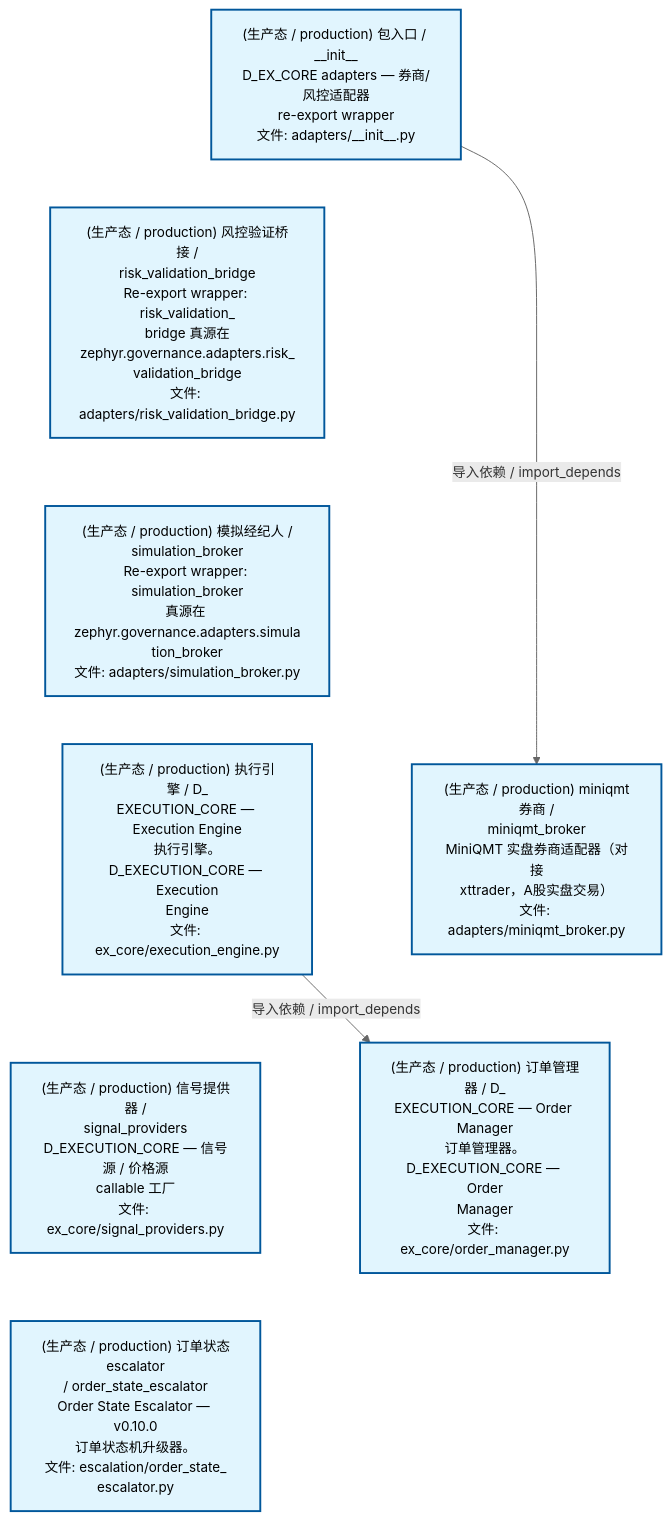
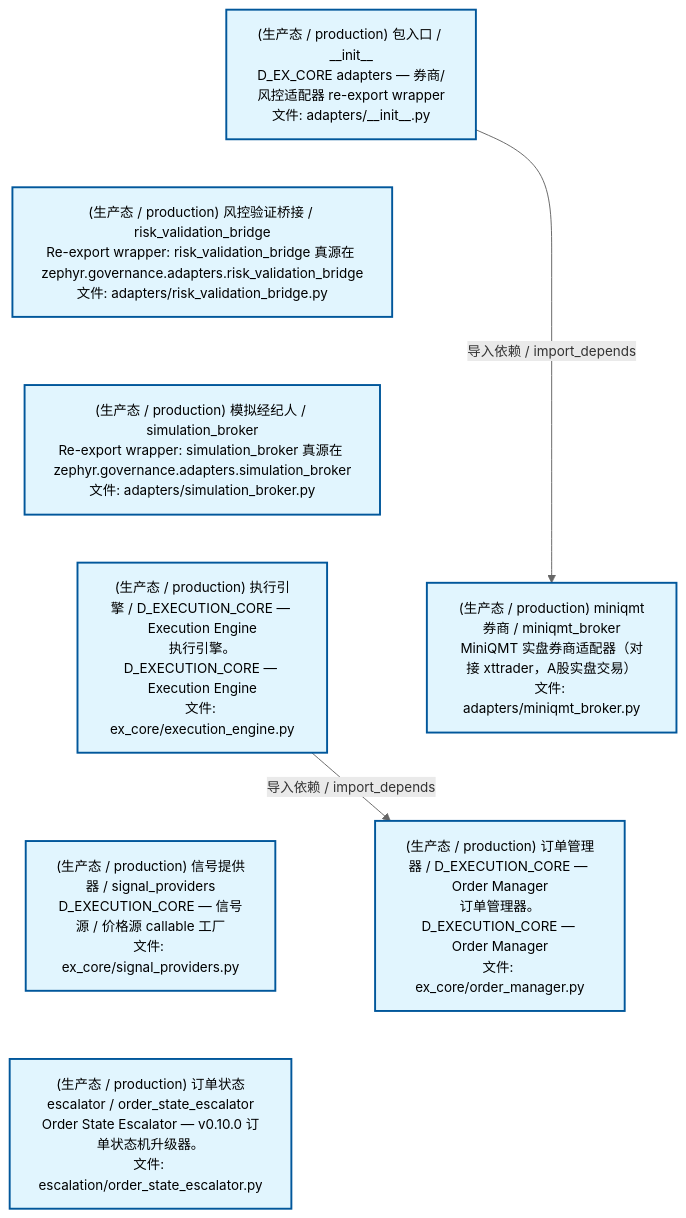
The second of 4 diagrams in docs/02_enterprise_architecture/02_domain_architecture_docs/44_d_ex_core.md (xuanFelixVan/ZephyrAlpha), drawn with Mermaid before and after one commit. The commit also changed other lines of this file and 71 other files, not shown here.

````diff
--- a/docs/02_enterprise_architecture/02_domain_architecture_docs/44_d_ex_core.md
+++ b/docs/02_enterprise_architecture/02_domain_architecture_docs/44_d_ex_core.md
@@ -169,25 +169,25 @@
 ```mermaid
 %%{init: {'theme': 'base', 'themeVariables': {'primaryColor': '#eaeaea', 'primaryTextColor': '#333333', 'primaryBorderColor': '#666666', 'lineColor': '#666666', 'secondaryColor': '#eaeaea', 'tertiaryColor': '#eaeaea', 'fontSize': '14px'}}}%%
 flowchart TD
-    src_zephyr_ex_core_adapters_init_py["(生产态 / production) 包入口 / __init__<br/>D_EX_CORE adapters — 券商/风控适配器<br/>re-export wrapper<br/>文件: adapters/__init__.py"]
-    src_zephyr_ex_core_adapters_risk_validation_bridge_py["(生产态 / production) 风控验证桥接 /<br/>risk_validation_bridge<br/>Re-export wrapper: risk_validation_<br/>bridge 真源在<br/>zephyr.governance.adapters.risk_<br/>validation_bridge<br/>文件: adapters/risk_validation_bridge.py"]
-    src_zephyr_ex_core_adapters_simulation_broker_py["(生产态 / production) 模拟经纪人 /<br/>simulation_broker<br/>Re-export wrapper: simulation_broker<br/>真源在 zephyr.governance.adapters.simula<br/>tion_broker<br/>文件: adapters/simulation_broker.py"]
-    src_zephyr_ex_core_execution_engine_py["(生产态 / production) 执行引擎 / D_<br/>EXECUTION_CORE — Execution Engine<br/>执行引擎。D_EXECUTION_CORE — Execution<br/>Engine<br/>文件: ex_core/execution_engine.py"]
-    src_zephyr_ex_core_signal_providers_py["(生产态 / production) 信号提供器 /<br/>signal_providers<br/>D_EXECUTION_CORE — 信号源 / 价格源<br/>callable 工厂<br/>文件: ex_core/signal_providers.py"]
-    src_zephyr_governance_escalation_order_state_escalator_py["(生产态 / production) 订单状态escalator<br/>/ order_state_escalator<br/>Order State Escalator — v0.10.0<br/>订单状态机升级器。<br/>文件: escalation/order_state_<br/>escalator.py"]
+    src_zephyr_ex_core_adapters_init_py["(生产态 / production) 包入口 / __init__<br/>D_EX_CORE adapters — 券商/风控适配器 re-export wrapper<br/>文件: adapters/__init__.py"]
+    src_zephyr_ex_core_adapters_risk_validation_bridge_py["(生产态 / production) 风控验证桥接 / risk_validation_bridge<br/>Re-export wrapper: risk_validation_bridge 真源在 zephyr.governance.adapters.risk_validation_bridge<br/>文件: adapters/risk_validation_bridge.py"]
+    src_zephyr_ex_core_adapters_simulation_broker_py["(生产态 / production) 模拟经纪人 / simulation_broker<br/>Re-export wrapper: simulation_broker 真源在 zephyr.governance.adapters.simulation_broker<br/>文件: adapters/simulation_broker.py"]
+    src_zephyr_ex_core_execution_engine_py["(生产态 / production) 执行引擎 / D_EXECUTION_CORE — Execution Engine<br/>执行引擎。D_EXECUTION_CORE — Execution Engine<br/>文件: ex_core/execution_engine.py"]
+    src_zephyr_ex_core_signal_providers_py["(生产态 / production) 信号提供器 / signal_providers<br/>D_EXECUTION_CORE — 信号源 / 价格源 callable 工厂<br/>文件: ex_core/signal_providers.py"]
+    src_zephyr_governance_escalation_order_state_escalator_py["(生产态 / production) 订单状态escalator / order_state_escalator<br/>Order State Escalator — v0.10.0 订单状态机升级器。<br/>文件: escalation/order_state_escalator.py"]
     src_zephyr_ex_core_adapters_init_py ~~~ src_zephyr_ex_core_adapters_risk_validation_bridge_py
     src_zephyr_ex_core_adapters_risk_validation_bridge_py ~~~ src_zephyr_ex_core_adapters_simulation_broker_py
     src_zephyr_ex_core_adapters_simulation_broker_py ~~~ src_zephyr_ex_core_execution_engine_py
     src_zephyr_ex_core_execution_engine_py ~~~ src_zephyr_ex_core_signal_providers_py
     src_zephyr_ex_core_signal_providers_py ~~~ src_zephyr_governance_escalation_order_state_escalator_py
-    src_zephyr_ex_core_adapters_miniqmt_broker_py["(生产态 / production) miniqmt券商 /<br/>miniqmt_broker<br/>MiniQMT 实盘券商适配器（对接<br/>xttrader，A股实盘交易）<br/>文件: adapters/miniqmt_broker.py"]
-    src_zephyr_ex_core_order_manager_py["(生产态 / production) 订单管理器 / D_<br/>EXECUTION_CORE — Order Manager<br/>订单管理器。D_EXECUTION_CORE — Order<br/>Manager<br/>文件: ex_core/order_manager.py"]
+    src_zephyr_ex_core_adapters_miniqmt_broker_py["(生产态 / production) miniqmt券商 / miniqmt_broker<br/>MiniQMT 实盘券商适配器（对接 xttrader，A股实盘交易）<br/>文件: adapters/miniqmt_broker.py"]
+    src_zephyr_ex_core_order_manager_py["(生产态 / production) 订单管理器 / D_EXECUTION_CORE — Order Manager<br/>订单管理器。D_EXECUTION_CORE — Order Manager<br/>文件: ex_core/order_manager.py"]
     src_zephyr_ex_core_adapters_miniqmt_broker_py ~~~ src_zephyr_ex_core_order_manager_py
     src_zephyr_ex_core_execution_engine_py -->|导入依赖 / import_depends| src_zephyr_ex_core_order_manager_py
     src_zephyr_ex_core_adapters_init_py -->|导入依赖 / import_depends| src_zephyr_ex_core_adapters_miniqmt_broker_py
     classDef production fill:#e1f5fe,stroke:#01579b,stroke-width:2px,color:#000
     classDef design fill:#fff3e0,stroke:#e65100,stroke-width:2px,color:#000,stroke-dasharray: 5 5
     classDef external_prod fill:#e8f4fd,stroke:#0277bd,stroke-width:1px,color:#000
     classDef external_design fill:#fff8e7,stroke:#ef6c00,stroke-width:1px,color:#000,stroke-dasharray: 5 5
     class src_zephyr_ex_core_adapters_init_py,src_zephyr_ex_core_adapters_miniqmt_broker_py,src_zephyr_ex_core_adapters_risk_validation_bridge_py,src_zephyr_ex_core_adapters_simulation_broker_py,src_zephyr_ex_core_execution_engine_py,src_zephyr_ex_core_order_manager_py,src_zephyr_ex_core_signal_providers_py,src_zephyr_governance_escalation_order_state_escalator_py production
 ```
````
